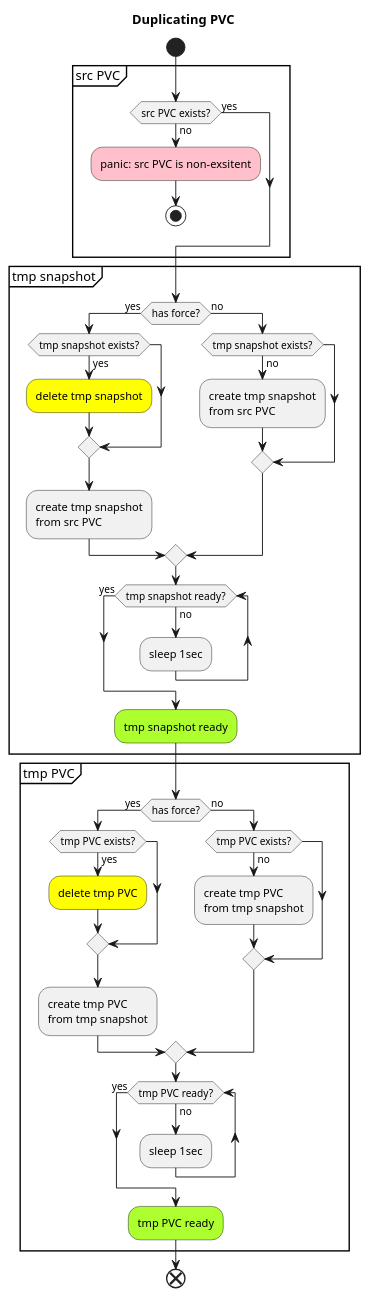
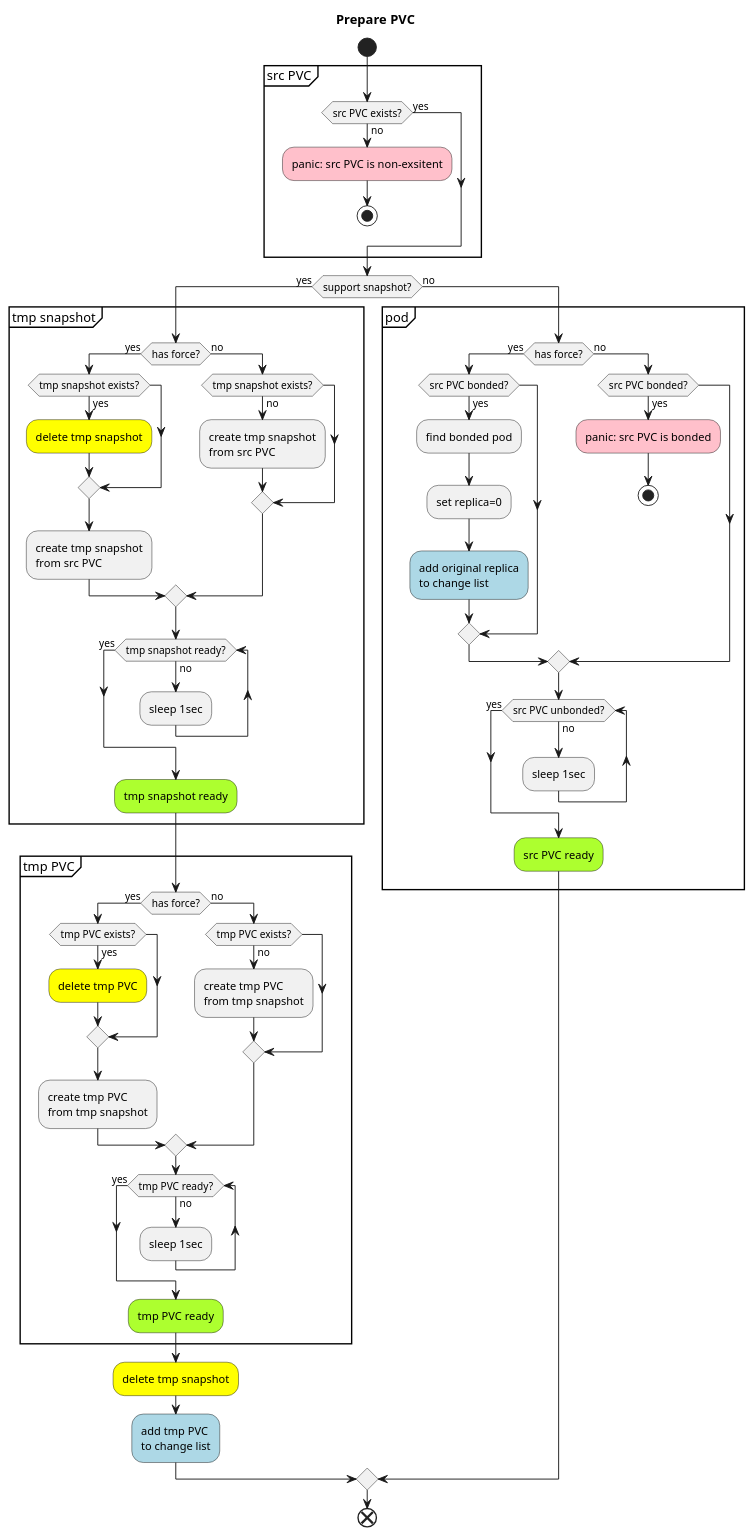
The diagram in plantuml/duplicating-pvc.puml (mikespook/x8sync), drawn with PlantUML before and after one commit.

Commit message:
prepare PVC activity diagram

```diff
--- a/plantuml/duplicating-pvc.puml
+++ b/plantuml/duplicating-pvc.puml
@@ -1,50 +1,75 @@
 @startuml
 
-title Duplicating PVC
+title Prepare PVC
 
 start
 partition "src PVC" {
     if (src PVC exists?) then (no)
         #pink:panic: src PVC is non-exsitent;
         stop
     else (yes)
     endif
 }
 
+if (support snapshot?) then (yes)
 partition "tmp snapshot" {
     if (has force?) then (yes)
         if (tmp snapshot exists?) then (yes)
             #Yellow:delete tmp snapshot;            
         endif        
         :create tmp snapshot\nfrom src PVC;     
     else (no)
         if (tmp snapshot exists?) then (no)        
             :create tmp snapshot\nfrom src PVC;
         endif
     endif    
     while (tmp snapshot ready?) is (no)
         :sleep 1sec;
     endwhile (yes)
     #GreenYellow:tmp snapshot ready;
 }
 
 partition "tmp PVC" {
     if (has force?) then (yes)
         if (tmp PVC exists?) then (yes)
             #Yellow:delete tmp PVC;            
         endif        
         :create tmp PVC\nfrom tmp snapshot;
     else (no)
         if (tmp PVC exists?) then (no)        
             :create tmp PVC\nfrom tmp snapshot;
         endif
     endif
     while (tmp PVC ready?) is (no)
         :sleep 1sec;
     endwhile (yes)
     #GreenYellow:tmp PVC ready;
 }
+#Yellow:delete tmp snapshot;
+#LightBlue:add tmp PVC\nto change list;
+else (no)
+partition "pod" {
+    if (has force?) then (yes)
+        if (src PVC bonded?) then (yes)
+            :find bonded pod;            
+            :set replica=0;
+            #LightBlue:add original replica\nto change list;
+        endif
+    else (no)
+        if (src PVC bonded?) then (yes)
+            #pink:panic: src PVC is bonded;
+            stop
+        endif
+    endif
+    while (src PVC unbonded?) is (no)
+        :sleep 1sec;
+    endwhile (yes)
+    #GreenYellow:src PVC ready;
+}
+endif
+
+
 
 end
 
 @enduml
```
